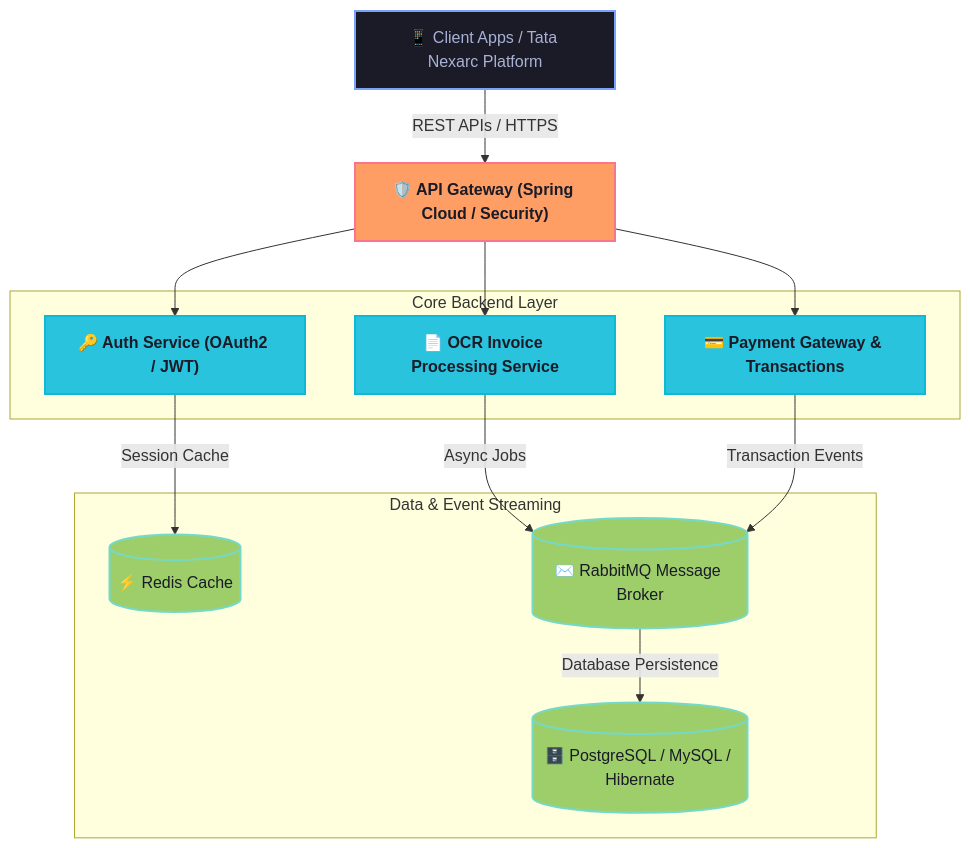
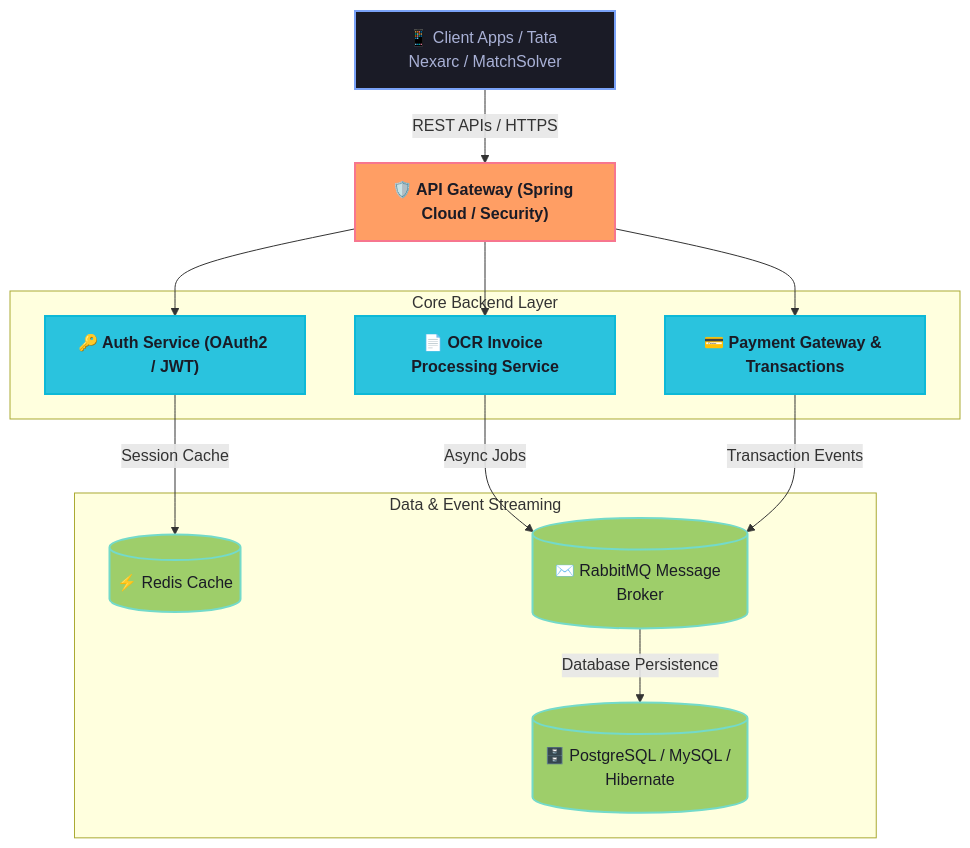
Before and after one commit to mskumar1/mskumar1: the diagram in README.md, drawn with Mermaid. The commit also changed other lines of this file, not shown here.

Commit message:
style: add MatchSolver project details and fix broken stats images

````diff
--- a/README.md
+++ b/README.md
@@ -39,35 +62,35 @@
 ```mermaid
 graph TD
     %% Styling
     classDef default fill:#1a1b26,stroke:#7aa2f7,stroke-width:2px,color:#a9b1d6;
     classDef gateway fill:#ff9e64,stroke:#f7768e,stroke-width:2px,color:#1a1b26,font-weight:bold;
     classDef service fill:#2ac3de,stroke:#0db9d7,stroke-width:2px,color:#1a1b26,font-weight:bold;
     classDef db fill:#9ece6a,stroke:#73daca,stroke-width:2px,color:#1a1b26;
 
     %% Nodes
-    Client["📱 Client Apps / Tata Nexarc Platform"]
+    Client["📱 Client Apps / Tata Nexarc / MatchSolver"]
     Gateway["🛡️ API Gateway (Spring Cloud / Security)"]:::gateway
     
     subgraph Microservices ["Core Backend Layer"]
         Auth["🔑 Auth Service (OAuth2 / JWT)"]:::service
         Invoice["📄 OCR Invoice Processing Service"]:::service
         Payment["💳 Payment Gateway & Transactions"]:::service
     end
 
     subgraph DataStore ["Data & Event Streaming"]
         DB[("🗄️ PostgreSQL / MySQL / Hibernate")]:::db
         Cache[("⚡ Redis Cache")]:::db
         Queue[("✉️ RabbitMQ Message Broker")]:::db
     end
 
     %% Flows
     Client -->|REST APIs / HTTPS| Gateway
     Gateway --> Auth
     Gateway --> Invoice
     Gateway --> Payment
 
     Invoice -->|Async Jobs| Queue
     Payment -->|Transaction Events| Queue
     Queue -->|Database Persistence| DB
     Auth -->|Session Cache| Cache
 ```
````
